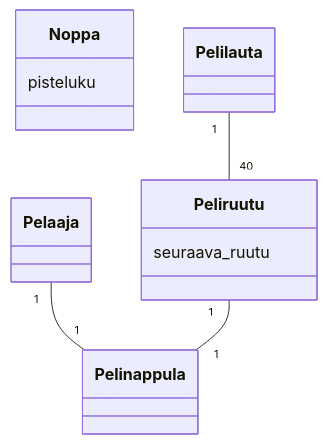
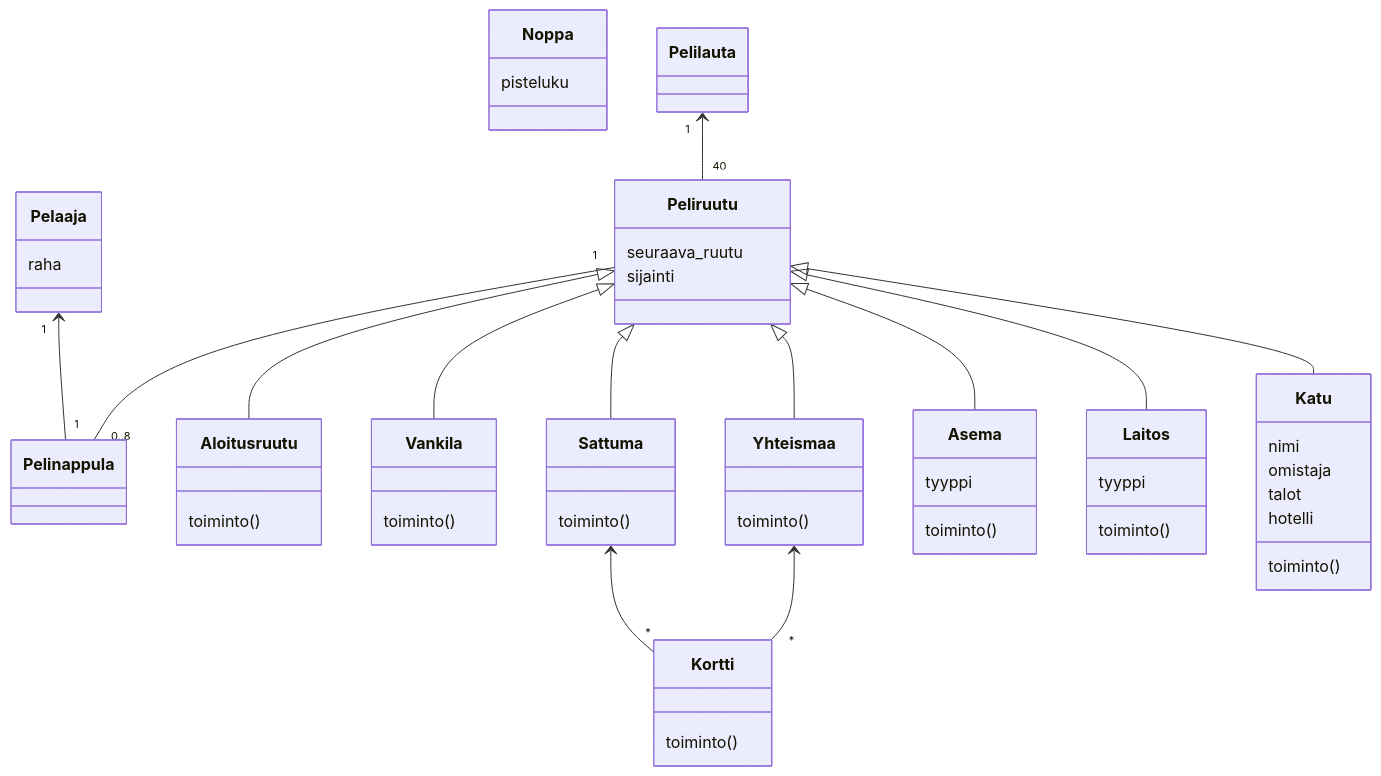
The diagram in laskarit/viikko3/luokkakaavio-monopoli.md (Deepthetics/calculator), drawn with Mermaid before and after one commit.

Commit message:
Viikko 3, tehtävä 2

````diff
--- a/laskarit/viikko3/luokkakaavio-monopoli.md
+++ b/laskarit/viikko3/luokkakaavio-monopoli.md
@@ -3,10 +3,55 @@
 ```mermaid
 classDiagram
   class Noppa{
     pisteluku
   }
-  Pelaaja "1" -- "1" Pelinappula
-  Pelilauta "1" -- "40" Peliruutu
-  Peliruutu "1" -- "1" Pelinappula
-  Peliruutu : seuraava_ruutu
+  class Pelaaja{
+    raha
+  }
+  class Peliruutu{
+    seuraava_ruutu
+    sijainti
+  }
+  class Katu{
+    nimi
+    omistaja
+    talot
+    hotelli
+    toiminto()
+  }
+  class Kortti{
+    toiminto()
+  }
+  class Aloitusruutu{
+    toiminto()
+  }
+  class Vankila{
+    toiminto()
+  }
+  class Sattuma{
+    toiminto()
+  }
+  class Yhteismaa{
+    toiminto()
+  }
+  class Asema{
+    tyyppi
+    toiminto()
+  }
+  class Laitos{
+    tyyppi
+    toiminto()
+  }
+  Pelaaja "1" <-- "1" Pelinappula
+  Pelilauta "1" <-- "40" Peliruutu
+  Peliruutu "1" -- "0..8" Pelinappula
+  Peliruutu <|-- Aloitusruutu
+  Peliruutu <|-- Vankila
+  Peliruutu <|-- Sattuma
+  Peliruutu <|-- Yhteismaa
+  Peliruutu <|-- Asema
+  Peliruutu <|-- Laitos
+  Peliruutu <|-- Katu
+  Sattuma <-- "*" Kortti
+  Yhteismaa <-- "*" Kortti
 ```
````
